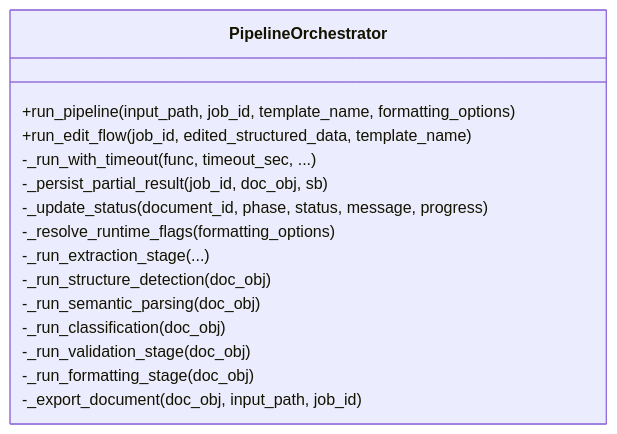
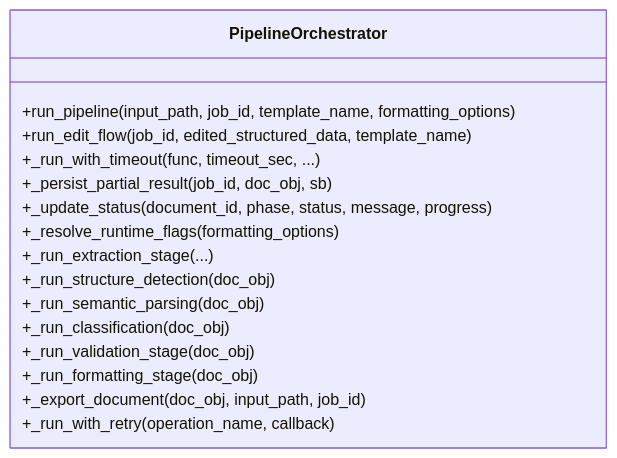
Before and after one commit to rohitkumarnaidu/-Auto-AI-Automated-Academic-Docx-Manuscript-Formatter: the third of 10 diagrams in .qoder/repowiki/en/content/Backend Development/Pipeline Processing System.md, drawn with Mermaid. The commit also changed other lines of this file and 4 other files, not shown here.

````diff
--- a/.qoder/repowiki/en/content/Backend Development/Pipeline Processing System.md
+++ b/.qoder/repowiki/en/content/Backend Development/Pipeline Processing System.md
@@ -127,18 +147,19 @@
 ```mermaid
 classDiagram
 class PipelineOrchestrator {
 +run_pipeline(input_path, job_id, template_name, formatting_options)
 +run_edit_flow(job_id, edited_structured_data, template_name)
--_run_with_timeout(func, timeout_sec, ...)
--_persist_partial_result(job_id, doc_obj, sb)
--_update_status(document_id, phase, status, message, progress)
--_resolve_runtime_flags(formatting_options)
--_run_extraction_stage(...)
--_run_structure_detection(doc_obj)
--_run_semantic_parsing(doc_obj)
--_run_classification(doc_obj)
--_run_validation_stage(doc_obj)
--_run_formatting_stage(doc_obj)
--_export_document(doc_obj, input_path, job_id)
++_run_with_timeout(func, timeout_sec, ...)
++_persist_partial_result(job_id, doc_obj, sb)
++_update_status(document_id, phase, status, message, progress)
++_resolve_runtime_flags(formatting_options)
++_run_extraction_stage(...)
++_run_structure_detection(doc_obj)
++_run_semantic_parsing(doc_obj)
++_run_classification(doc_obj)
++_run_validation_stage(doc_obj)
++_run_formatting_stage(doc_obj)
++_export_document(doc_obj, input_path, job_id)
++_run_with_retry(operation_name, callback)
 }
 ```
````
